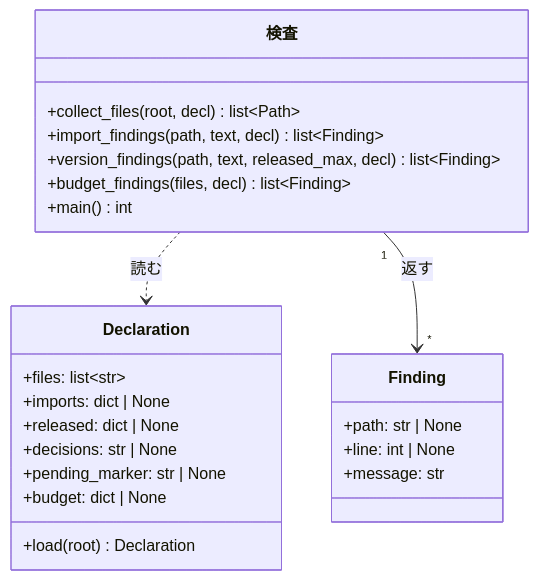
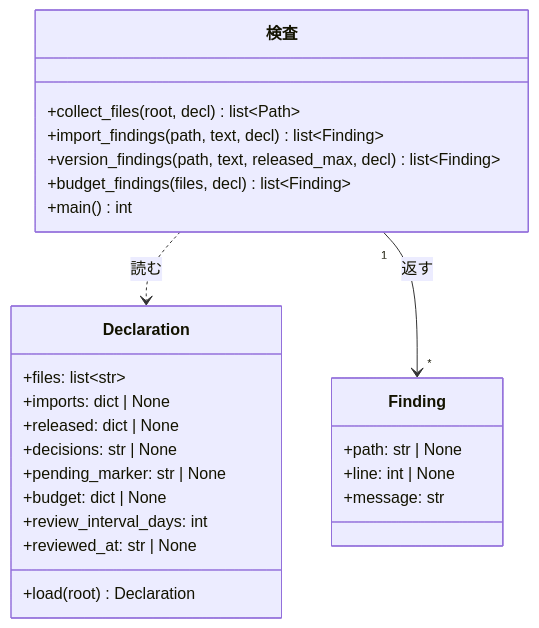
Before and after one commit to devbasex/ai-plugins: the fourth of 5 diagrams in issues/issue-554-design.md, drawn with Mermaid. The commit also changed other lines of this file and 3 other files, not shown here.

````diff
--- a/issues/issue-554-design.md
+++ b/issues/issue-554-design.md
@@ -165,26 +165,28 @@
 ```mermaid
 classDiagram
     class Finding {
         +path: str | None
         +line: int | None
         +message: str
     }
     class Declaration {
         +files: list~str~
         +imports: dict | None
         +released: dict | None
         +decisions: str | None
         +pending_marker: str | None
         +budget: dict | None
+        +review_interval_days: int
+        +reviewed_at: str | None
         +load(root) Declaration
     }
     class 検査 {
         +collect_files(root, decl) list~Path~
         +import_findings(path, text, decl) list~Finding~
         +version_findings(path, text, released_max, decl) list~Finding~
         +budget_findings(files, decl) list~Finding~
         +main() int
     }
     検査 ..> Declaration: 読む
     検査 "1" --> "*" Finding: 返す
 ```
````
